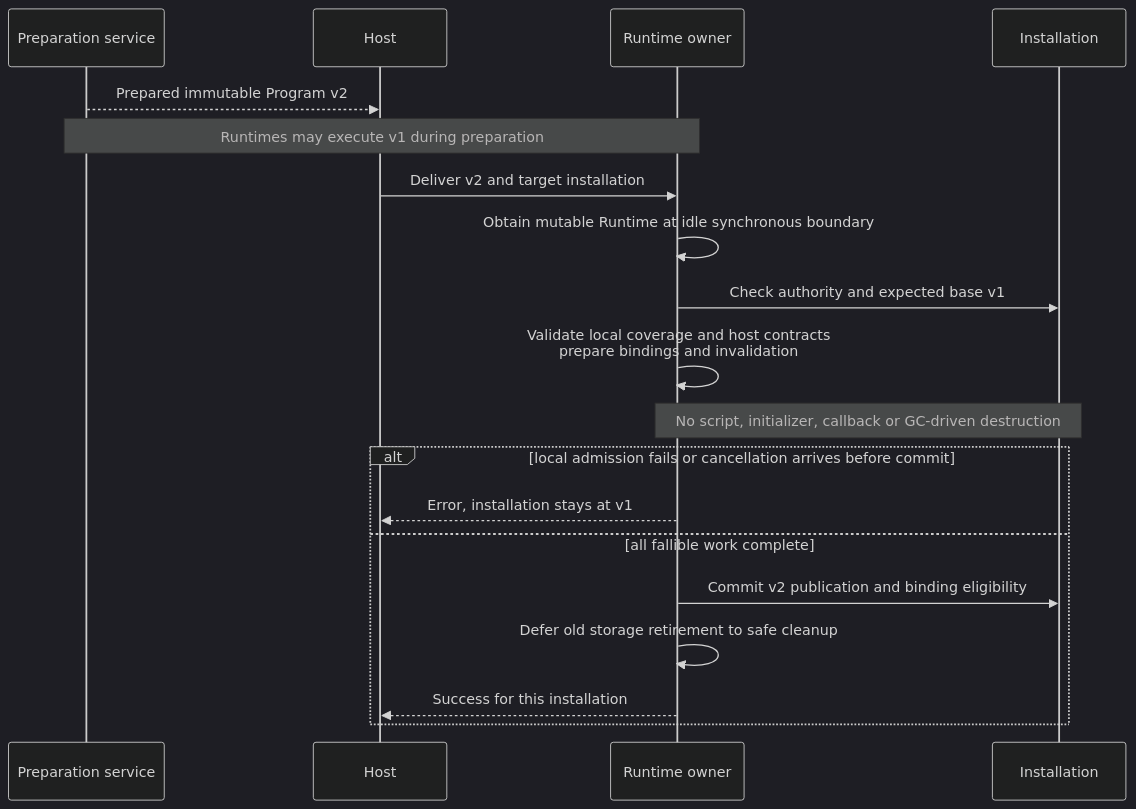
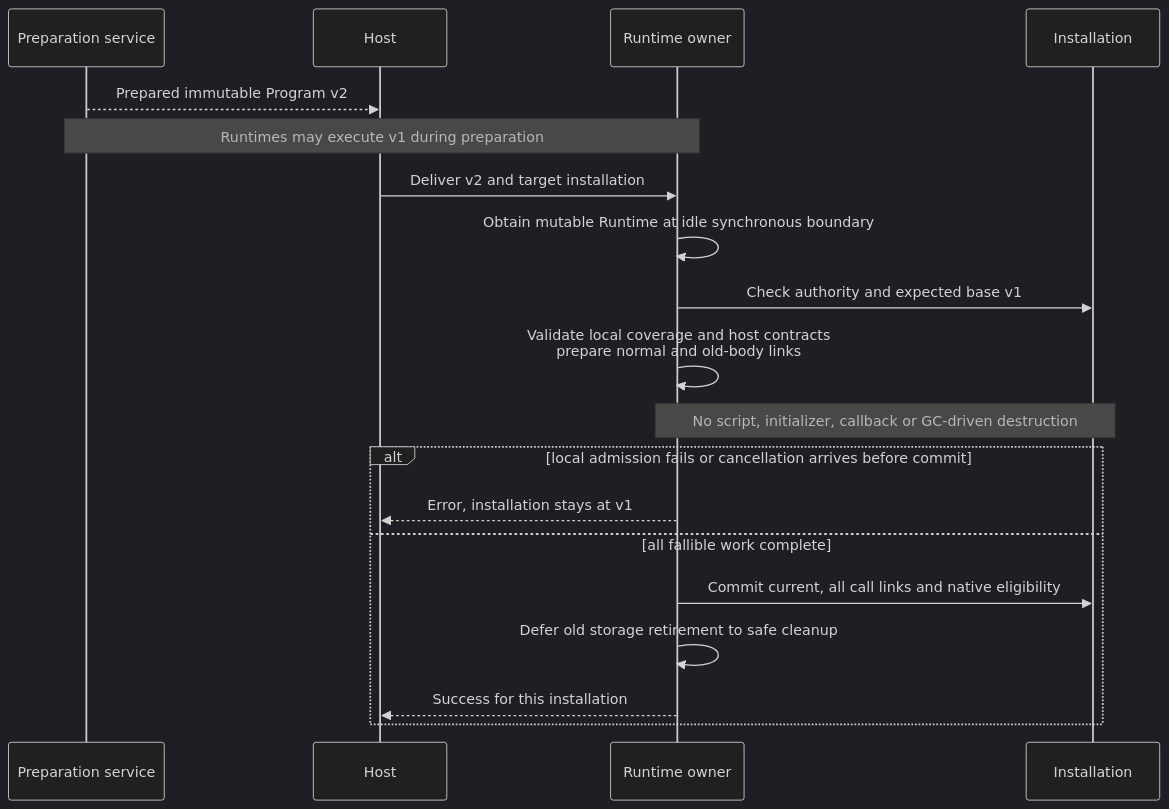
Before and after one commit to kagari-lang/kagari: the second of 3 diagrams in docs/runtime-refactor-design.md, drawn with Mermaid (dark theme). The commit also changed other lines of this file and 11 other files, not shown here.

````diff
--- a/docs/runtime-refactor-design.md
+++ b/docs/runtime-refactor-design.md
@@ -180,21 +263,21 @@
 ```mermaid
 sequenceDiagram
     participant Compiler as Preparation service
     participant Host
     participant R as Runtime owner
     participant I as Installation
     Compiler-->>Host: Prepared immutable Program v2
     Note over Compiler,R: Runtimes may execute v1 during preparation
     Host->>R: Deliver v2 and target installation
     R->>R: Obtain mutable Runtime at idle synchronous boundary
     R->>I: Check authority and expected base v1
-    R->>R: Validate local coverage and host contracts<br/>prepare bindings and invalidation
+    R->>R: Validate local coverage and host contracts<br/>prepare normal and old-body links
     Note over R,I: No script, initializer, callback or GC-driven destruction
     alt local admission fails or cancellation arrives before commit
         R-->>Host: Error, installation stays at v1
     else all fallible work complete
-        R->>I: Commit v2 publication and binding eligibility
+        R->>I: Commit current, all call links and native eligibility
         R->>R: Defer old storage retirement to safe cleanup
         R-->>Host: Success for this installation
     end
 ```
````
